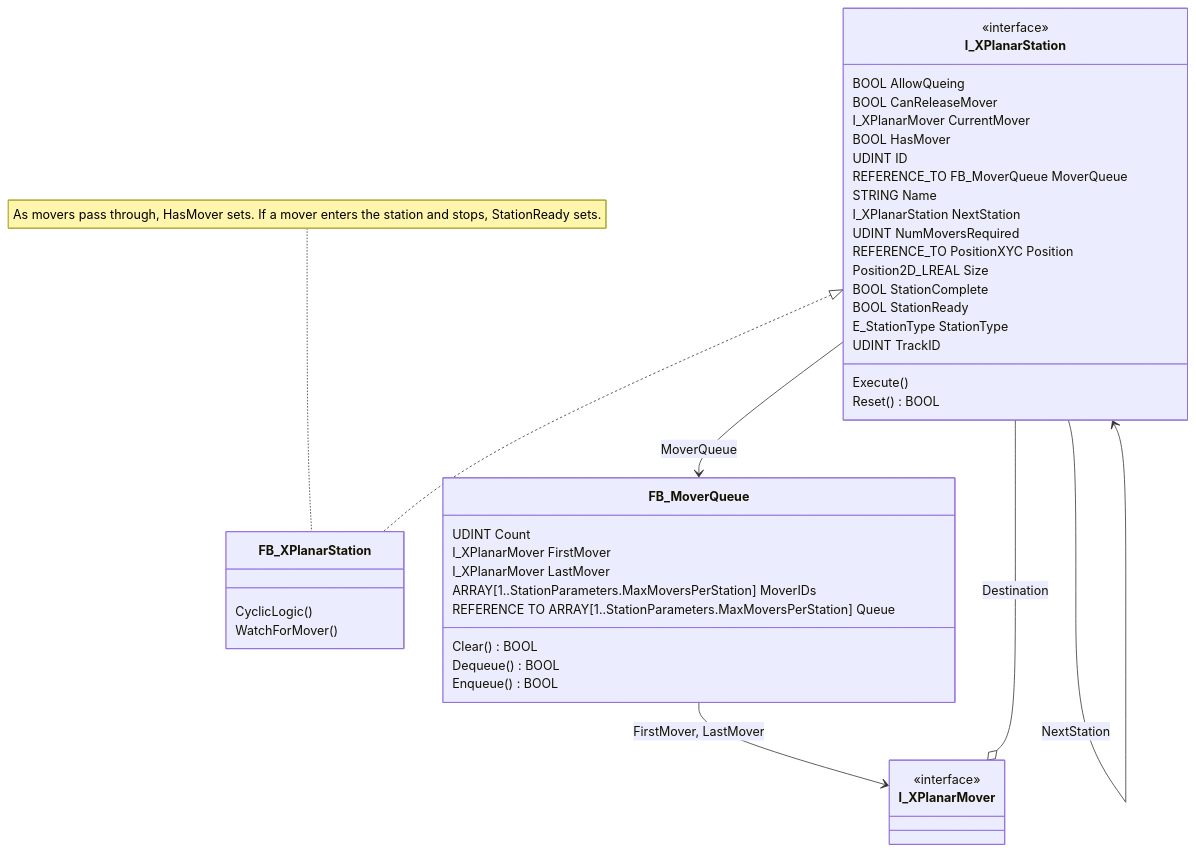
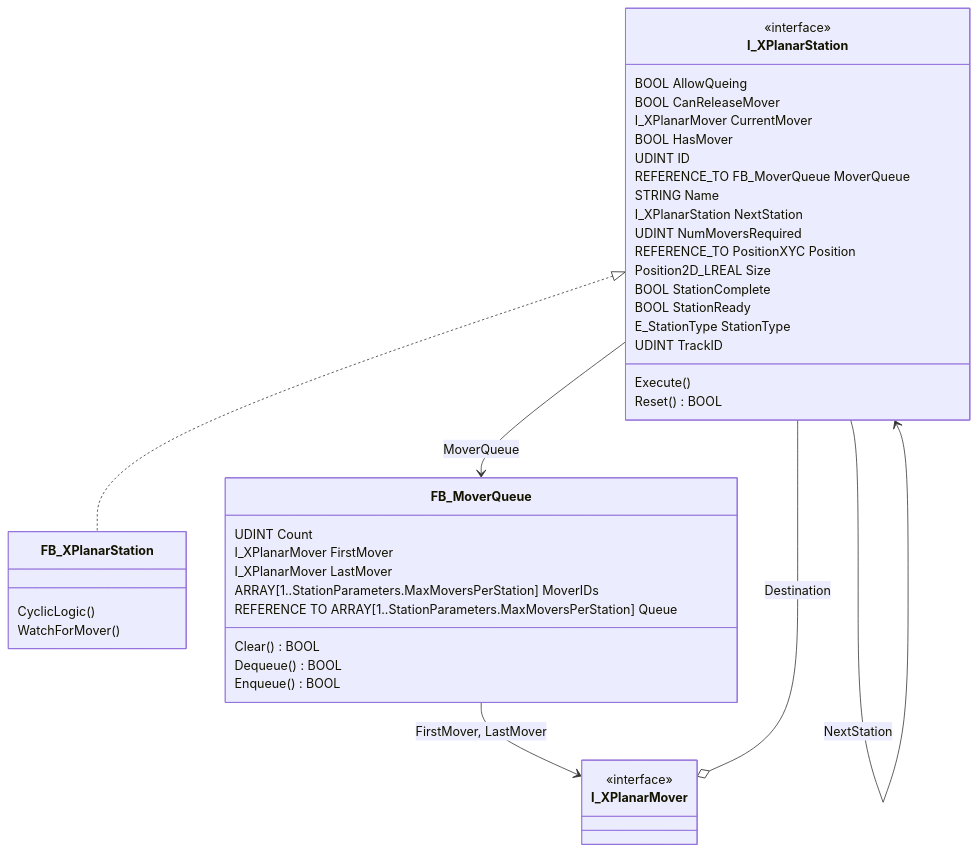
The fourth of 5 diagrams in docs/index.md (Beckhoff-USA-Community/XPlanarApplicationLibrary), drawn with Mermaid before and after one commit. The commit also changed other lines of this file, not shown here.

Commit message:
Move diagram notes into page text

````diff
--- a/docs/index.md
+++ b/docs/index.md
@@ -167,53 +169,51 @@
 ```mermaid
 classDiagram
     direction TB
 
     class I_XPlanarStation{
         <<interface>>
         BOOL AllowQueing
         BOOL CanReleaseMover
         I_XPlanarMover CurrentMover
         BOOL HasMover
         UDINT ID
         REFERENCE_TO FB_MoverQueue MoverQueue
         STRING Name
         I_XPlanarStation NextStation
         UDINT NumMoversRequired
         REFERENCE_TO PositionXYC Position
         Position2D_LREAL Size
         BOOL StationComplete
         BOOL StationReady
         E_StationType StationType
         UDINT TrackID
         Execute()
         Reset() BOOL
     }
 
     class FB_XPlanarStation{
         CyclicLogic()
         WatchForMover()
     }
 
     class FB_MoverQueue{
         UDINT Count
         I_XPlanarMover FirstMover
         I_XPlanarMover LastMover
         ARRAY[1..StationParameters.MaxMoversPerStation] MoverIDs
         REFERENCE TO ARRAY[1..StationParameters.MaxMoversPerStation] Queue
         Clear() BOOL
         Dequeue() BOOL
         Enqueue() BOOL
     }
 
     class I_XPlanarMover{
         <<interface>>
     }
 
     I_XPlanarStation <|.. FB_XPlanarStation
     I_XPlanarStation --> FB_MoverQueue : MoverQueue
     I_XPlanarStation --> I_XPlanarStation : NextStation
     I_XPlanarMover o-- I_XPlanarStation : Destination
     FB_MoverQueue --> I_XPlanarMover : FirstMover, LastMover
-
-    note for FB_XPlanarStation "As movers pass through, HasMover sets. If a mover enters the station and stops, StationReady sets."
 ```
````
